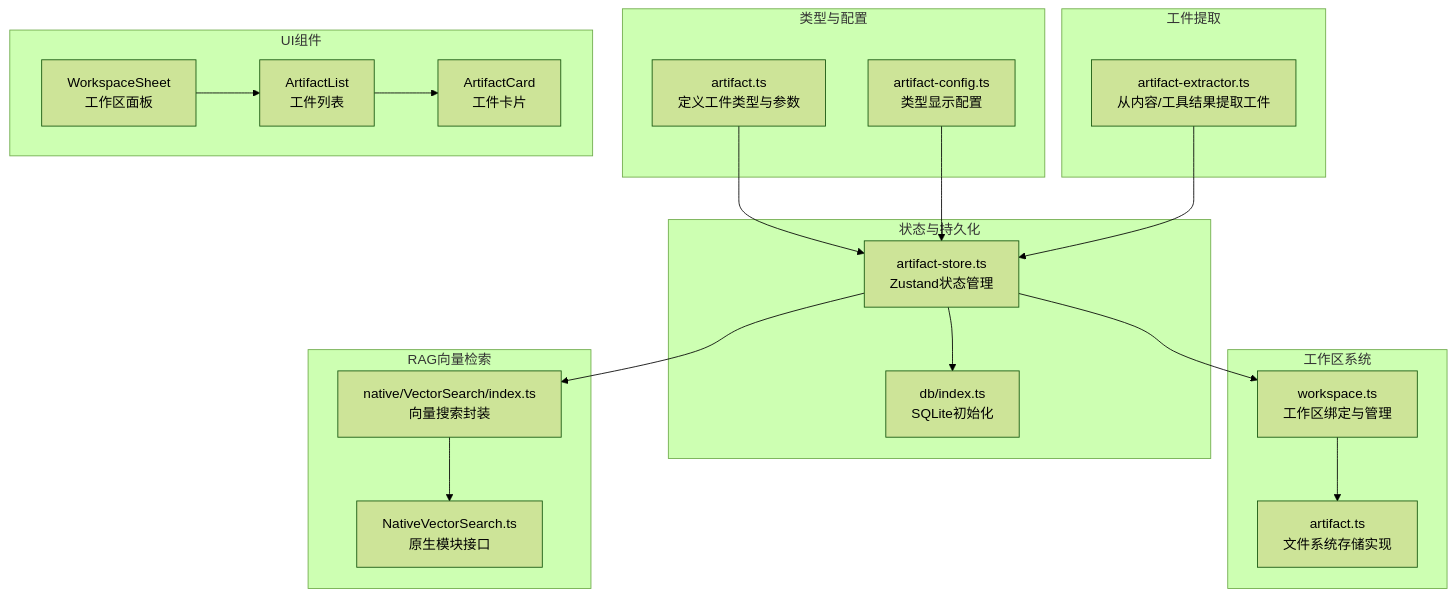
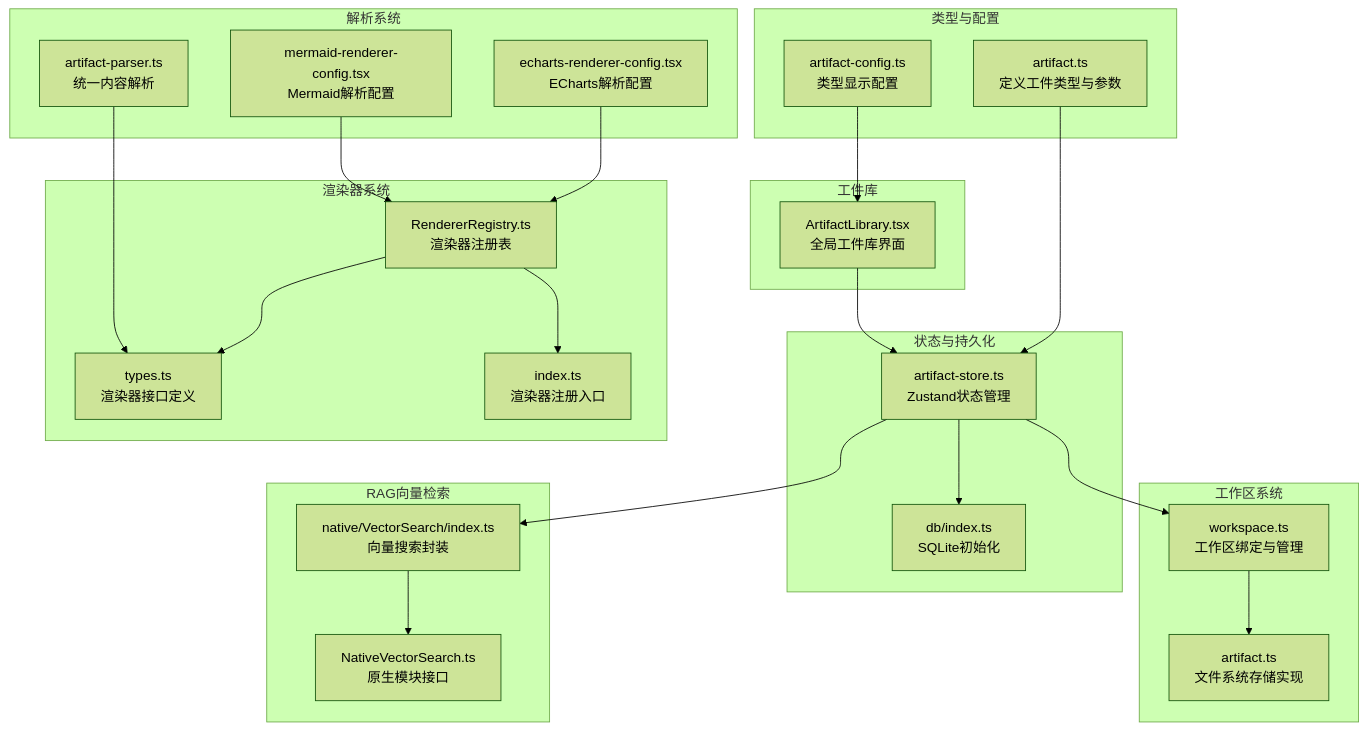
The first of 12 diagrams in .qoder/repowiki/zh/content/状态管理/工件状态管理.md (NarcisWL/Nexara), drawn with Mermaid (forest theme) before and after one commit. The commit also changed other lines of this file and 4 other files, not shown here.

````diff
--- a/.qoder/repowiki/zh/content/状态管理/工件状态管理.md
+++ b/.qoder/repowiki/zh/content/状态管理/工件状态管理.md
@@ -51,37 +60,45 @@
 ```mermaid
 graph TB
 subgraph "类型与配置"
 T1["artifact.ts<br/>定义工件类型与参数"]
 T2["artifact-config.ts<br/>类型显示配置"]
 end
 subgraph "状态与持久化"
 S1["artifact-store.ts<br/>Zustand状态管理"]
 D1["db/index.ts<br/>SQLite初始化"]
 end
-subgraph "工件提取"
-E1["artifact-extractor.ts<br/>从内容/工具结果提取工件"]
+subgraph "渲染器系统"
+R1["RendererRegistry.ts<br/>渲染器注册表"]
+R2["types.ts<br/>渲染器接口定义"]
+R3["index.ts<br/>渲染器注册入口"]
+end
+subgraph "解析系统"
+P1["artifact-parser.ts<br/>统一内容解析"]
+P2["echarts-renderer-config.tsx<br/>ECharts解析配置"]
+P3["mermaid-renderer-config.tsx<br/>Mermaid解析配置"]
+end
+subgraph "工件库"
+L1["ArtifactLibrary.tsx<br/>全局工件库界面"]
 end
 subgraph "工作区系统"
 W1["workspace.ts<br/>工作区绑定与管理"]
 W2["artifact.ts<br/>文件系统存储实现"]
-end
-subgraph "UI组件"
-U1["WorkspaceSheet<br/>工作区面板"]
-U2["ArtifactList<br/>工件列表"]
-U3["ArtifactCard<br/>工件卡片"]
 end
 subgraph "RAG向量检索"
 V1["native/VectorSearch/index.ts<br/>向量搜索封装"]
 V2["NativeVectorSearch.ts<br/>原生模块接口"]
 end
 T1 --> S1
-T2 --> S1
+T2 --> L1
 S1 --> D1
-E1 --> S1
+R1 --> R2
+R1 --> R3
+P1 --> R2
+P2 --> R1
+P3 --> R1
+L1 --> S1
 S1 --> W1
 W1 --> W2
-U1 --> U2
-U2 --> U3
 S1 --> V1
 V1 --> V2
 ```
````
